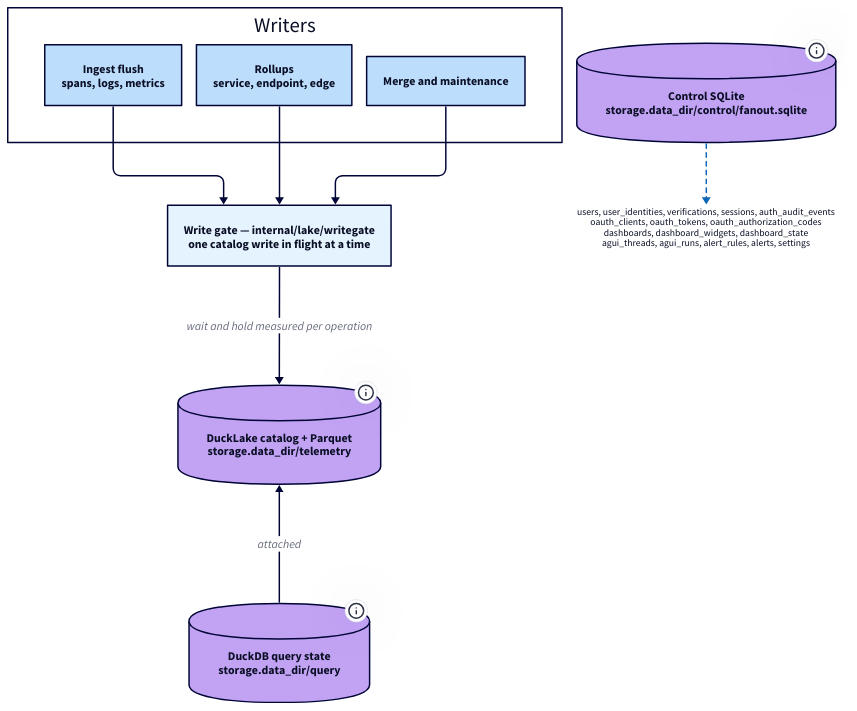
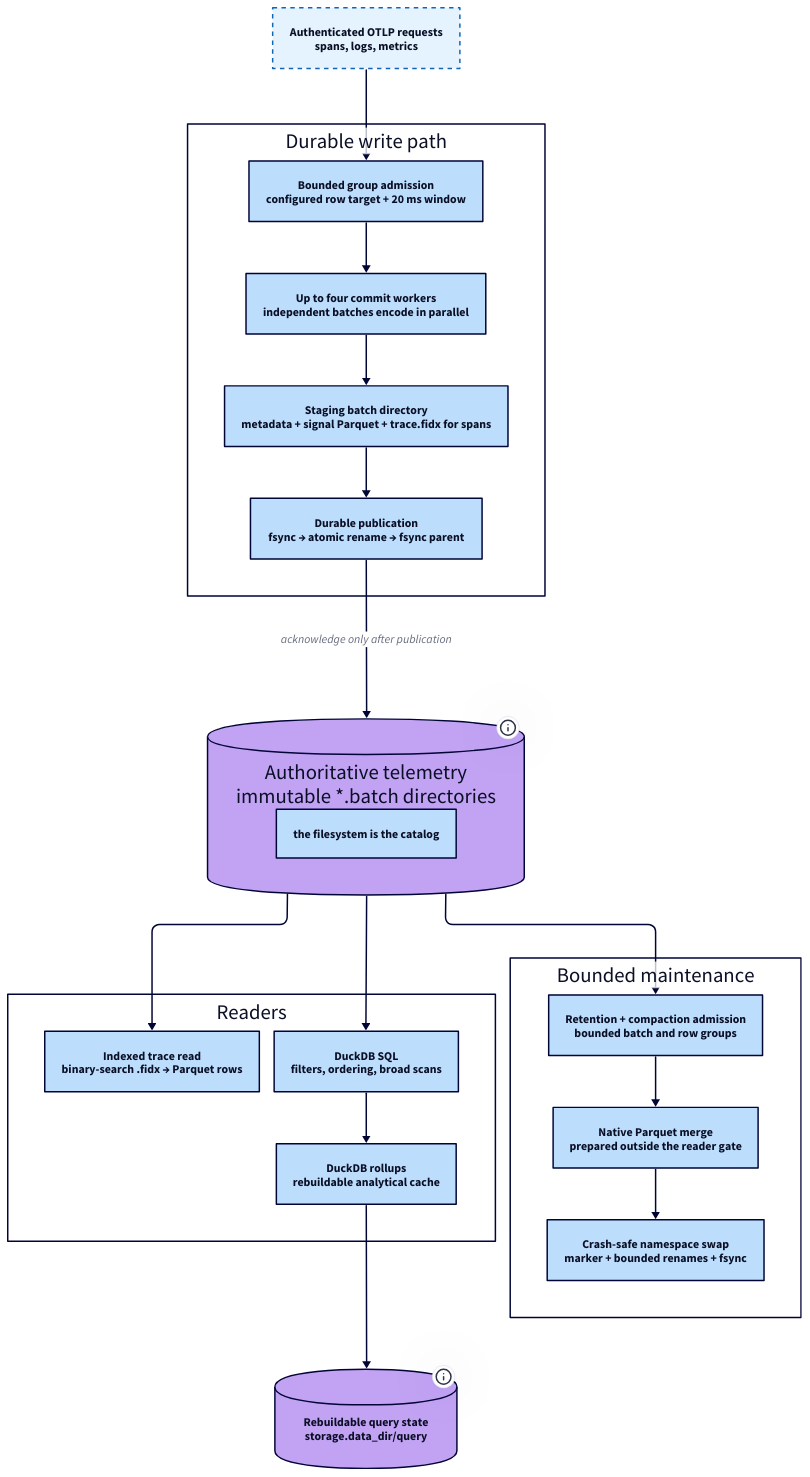
One commit to labstack/fanout changed the diagram in docs/diagrams/persistence.d2. Above: the diagram before and after it, drawn with D2. The commit also changed 85 other files, not shown here.

First line of the commit message:
feat(storage)!: adopt authoritative Parquet (#207)

```diff
--- a/docs/diagrams/persistence.d2
+++ b/docs/diagrams/persistence.d2
@@ -1,53 +1,63 @@
-# Where Fanout keeps state, and what serializes writes to it.
+# How telemetry becomes durable, queryable, and compacted.
 # Render with `just diagrams`; commit the generated SVG beside this file.
 
 direction: down
 
 vars: {
   d2-config: {
     layout-engine: elk
     theme-id: 5
   }
 }
 
-writers: Writers {
-  style.fill: transparent
-  ingest: "Ingest flush\nspans, logs, metrics" {shape: rectangle}
-  rollup: "Rollups\nservice, endpoint, edge" {shape: rectangle}
-  maint: "Merge and maintenance" {shape: rectangle}
+ingest: "Authenticated OTLP requests\nspans, logs, metrics" {
+  shape: rectangle
+  style.stroke-dash: 3
 }
 
-gate: "Write gate — internal/lake/writegate\none catalog write in flight at a time" {
-  shape: rectangle
-  style: {
-    stroke-width: 2
-    bold: true
-  }
+writers: "Durable write path" {
+  style.fill: transparent
+  admission: "Bounded group admission\nconfigured row target + 20 ms window" {shape: rectangle}
+  workers: "Up to four commit workers\nindependent batches encode in parallel" {shape: rectangle}
+  stage: "Staging batch directory\nmetadata + signal Parquet + trace.fidx for spans" {shape: rectangle}
+  publish: "Durable publication\nfsync → atomic rename → fsync parent" {shape: rectangle}
+
+  admission -> workers
+  workers -> stage
+  stage -> publish
 }
 
-telemetry: "DuckLake catalog + Parquet\nstorage.data_dir/telemetry" {
+authority: "Authoritative telemetry\nimmutable *.batch directories" {
   shape: cylinder
-  tooltip: Partitioned telemetry. Written only through the gate.
+  tooltip: Ordinary Parquet files are the source of truth; the filesystem is the catalog.
 }
 
-querystate: "DuckDB query state\nstorage.data_dir/query" {
-  shape: cylinder
-  tooltip: Catalog attachment and temp spill. Not the telemetry itself.
+readers: Readers {
+  style.fill: transparent
+  trace: "Indexed trace read\nbinary-search .fidx → Parquet rows" {shape: rectangle}
+  sql: "DuckDB SQL\nfilters, ordering, broad scans" {shape: rectangle}
+  rollups: "DuckDB rollups\nrebuildable analytical cache" {shape: rectangle}
 }
 
-control: "Control SQLite\nstorage.data_dir/control/fanout.sqlite" {
-  shape: cylinder
-  tooltip: Application state. Never on the telemetry write path.
+maintenance: "Bounded maintenance" {
+  style.fill: transparent
+  choose: "Retention + compaction admission\nbounded batch and row groups" {shape: rectangle}
+  merge: "Native Parquet merge\nprepared outside the reader gate" {shape: rectangle}
+  swap: "Crash-safe namespace swap\nmarker + bounded renames + fsync" {shape: rectangle}
+
+  choose -> merge
+  merge -> swap
 }
 
-control_tables: "users, user_identities, verifications, sessions, auth_audit_events\noauth_clients, oauth_tokens, oauth_authorization_codes\ndashboards, dashboard_widgets, dashboard_state\nagui_threads, agui_runs, alert_rules, alerts, settings" {
-  shape: text
-  style.font-size: 13
+querystate: "Rebuildable query state\nstorage.data_dir/query" {
+  shape: cylinder
+  tooltip: DuckDB rollups and temporary spill. Not authoritative telemetry.
 }
 
-writers.ingest -> gate
-writers.rollup -> gate
-writers.maint -> gate
-gate -> telemetry: "wait and hold measured per operation"
-telemetry <- querystate: attached
-control -> control_tables: {style.stroke-dash: 3}
+ingest -> writers.admission
+writers.publish -> authority: "acknowledge only after publication"
+authority -> readers.trace
+authority -> readers.sql
+readers.sql -> readers.rollups
+readers.rollups -> querystate
+authority -> maintenance.choose
```
